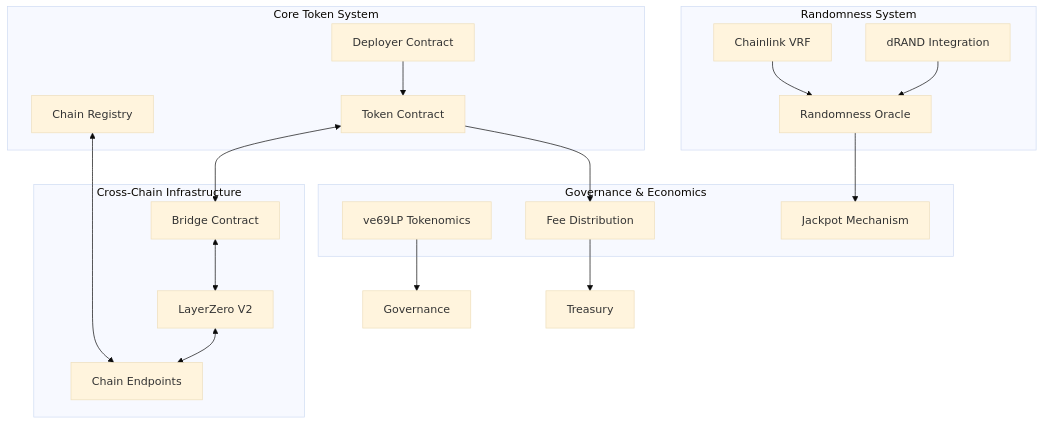
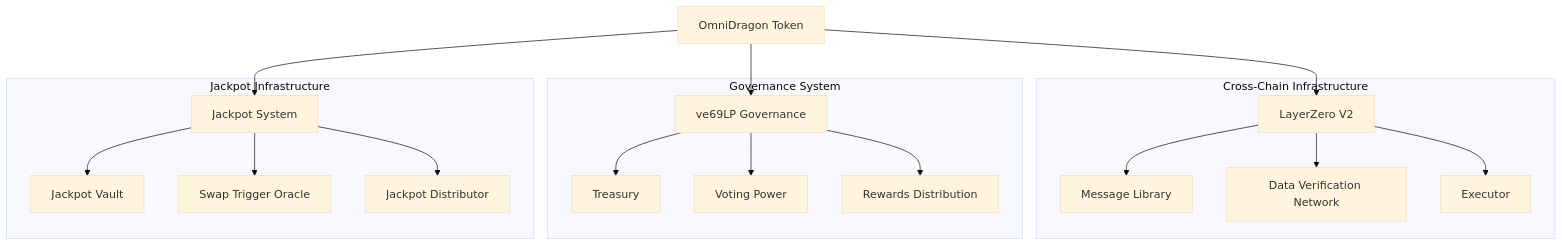
Before and after one commit to wenakita/sonicreddragon-docs: the first of 6 diagrams in docs/concepts/architecture.md, drawn with Mermaid (base theme). The commit also changed other lines of this file, not shown here.

Commit message:
Update architecture documentation with detailed jackpot system integration

````diff
--- a/docs/concepts/architecture.md
+++ b/docs/concepts/architecture.md
@@ -13,40 +13,41 @@
 ```mermaid
-graph TB
-    subgraph "Core Token System"
-        TokenContract["Token Contract"]
-        DeployerContract["Deployer Contract"]
-        ChainRegistry["Chain Registry"]
+graph TD
+    Token["OmniDragon Token"] --> LZ["LayerZero V2"]
+    Token --> Governance["ve69LP Governance"]
+    Token --> JackpotSystem["Jackpot System"]
+    
+    subgraph "Cross-Chain Infrastructure"
+        LZ
+        MessageLib["Message Library"]
+        DVN["Data Verification Network"]
+        Executor["Executor"]
     end
     
-    subgraph "Cross-Chain Infrastructure"
-        LayerZero["LayerZero V2"]
-        Endpoints["Chain Endpoints"]
-        Bridge["Bridge Contract"]
+    subgraph "Governance System"
+        Governance
+        Treasury["Treasury"]
+        VotingPower["Voting Power"]
+        Rewards["Rewards Distribution"]
     end
     
-    subgraph "Randomness System"
-        DrandIntegration["dRAND Integration"]
-        ChainlinkVRF["Chainlink VRF"]
-        RandomnessOracle["Randomness Oracle"]
+    subgraph "Jackpot Infrastructure"
+        JackpotSystem
+        JackpotVault["Jackpot Vault"]
+        SwapTrigger["Swap Trigger Oracle"]
+        Distributor["Jackpot Distributor"]
     end
     
-    subgraph "Governance & Economics"
-        ve69LP["ve69LP Tokenomics"]
-        FeeSystem["Fee Distribution"]
-        JackpotMechanism["Jackpot Mechanism"]
-    end
+    LZ --> MessageLib
+    LZ --> DVN
+    LZ --> Executor
     
-    TokenContract <--> Bridge
-    Bridge <--> LayerZero
-    LayerZero <--> Endpoints
-    TokenContract --> FeeSystem
-    RandomnessOracle --> JackpotMechanism
-    DrandIntegration --> RandomnessOracle
-    ChainlinkVRF --> RandomnessOracle
-    DeployerContract --> TokenContract
-    ChainRegistry <--> Endpoints
-    ve69LP --> Governance["Governance"]
-    FeeSystem --> Treasury["Treasury"]
+    Governance --> Treasury
+    Governance --> VotingPower
+    Governance --> Rewards
     
-    class TokenContract,RandomnessOracle,JackpotMechanism highlight
+    JackpotSystem --> JackpotVault
+    JackpotSystem --> SwapTrigger
+    JackpotSystem --> Distributor
+    
+    class Token,LZ,Governance,JackpotSystem highlight
 ```
````
